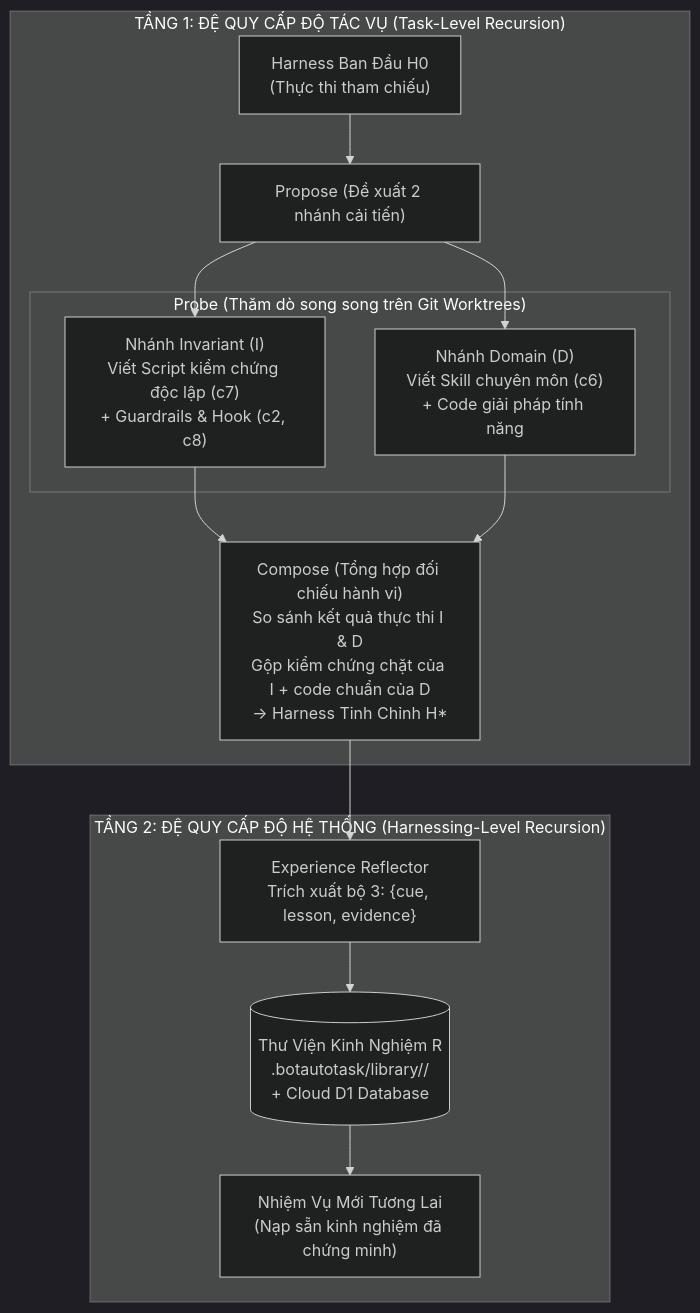
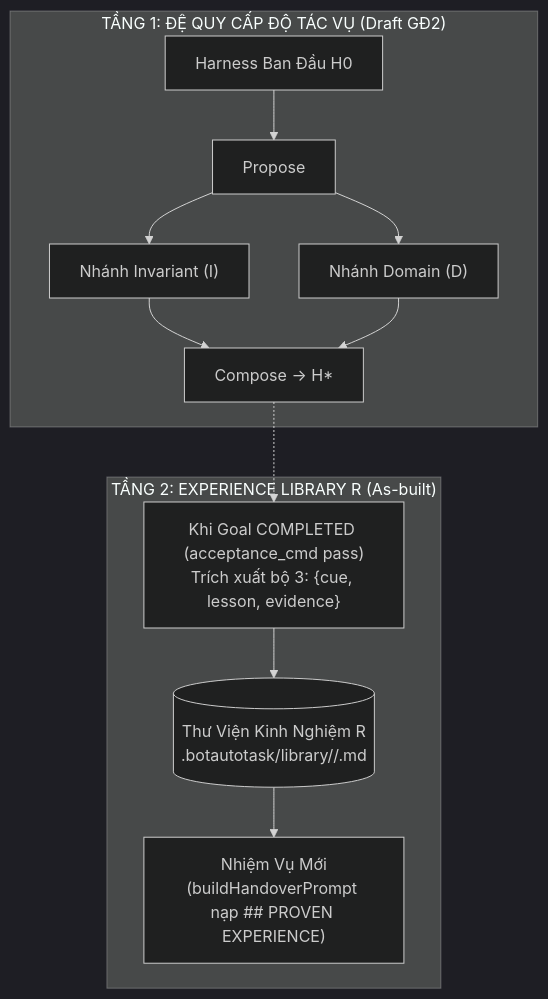
The diagram in docs/feature/04-harness2-integration.md (huongmh14/BotAutoTask), drawn with Mermaid (dark theme) before and after one commit. The commit also changed other lines of this file and 40 other files, not shown here.

````diff
--- a/docs/feature/04-harness2-integration.md
+++ b/docs/feature/04-harness2-integration.md
@@ -38,28 +51,18 @@
 ```mermaid
 flowchart TD
-    subgraph T1["TẦNG 1: ĐỆ QUY CẤP ĐỘ TÁC VỤ (Task-Level Recursion)"]
-        H0["Harness Ban Đầu H0\n(Thực thi tham chiếu)"]
-        Propose["Propose (Đề xuất 2 nhánh cải tiến)"]
-        
-        subgraph Probes["Probe (Thăm dò song song trên Git Worktrees)"]
-            Inv["Nhánh Invariant (I)\nViết Script kiểm chứng độc lập (c7)\n+ Guardrails & Hook (c2, c8)"]
-            Dom["Nhánh Domain (D)\nViết Skill chuyên môn (c6)\n+ Code giải pháp tính năng"]
-        end
-        
-        Compose["Compose (Tổng hợp đối chiếu hành vi)\nSo sánh kết quả thực thi I & D\nGộp kiểm chứng chặt của I + code chuẩn của D\n-> Harness Tinh Chỉnh H*"]
-        
-        H0 --> Propose
-        Propose --> Inv & Dom
-        Inv & Dom --> Compose
+    subgraph T1["TẦNG 1: ĐỆ QUY CẤP ĐỘ TÁC VỤ (Draft GĐ2)"]
+        H0["Harness Ban Đầu H0"] --> Propose["Propose"]
+        Propose --> Inv["Nhánh Invariant (I)"] & Dom["Nhánh Domain (D)"]
+        Inv & Dom --> Compose["Compose -> H*"]
     end
 
-    subgraph T2["TẦNG 2: ĐỆ QUY CẤP ĐỘ HỆ THỐNG (Harnessing-Level Recursion)"]
-        Reflect["Experience Reflector\nTrích xuất bộ 3: {cue, lesson, evidence}"]
-        Library[("Thư Viện Kinh Nghiệm R\n.botautotask/library/<domain>/\n+ Cloud D1 Database")]
-        NextTask["Nhiệm Vụ Mới Tương Lai\n(Nạp sẵn kinh nghiệm đã chứng minh)"]
+    subgraph T2["TẦNG 2: EXPERIENCE LIBRARY R (As-built)"]
+        Reflect["Khi Goal COMPLETED (acceptance_cmd pass)\nTrích xuất bộ 3: {cue, lesson, evidence}"]
+        Library[("Thư Viện Kinh Nghiệm R\n.botautotask/library/<domain>/<name>.md")]
+        NextTask["Nhiệm Vụ Mới\n(buildHandoverPrompt nạp ## PROVEN EXPERIENCE)"]
         
-        Compose --> Reflect
+        Compose -.-> Reflect
         Reflect --> Library
         Library --> NextTask
     end
 ```
````
